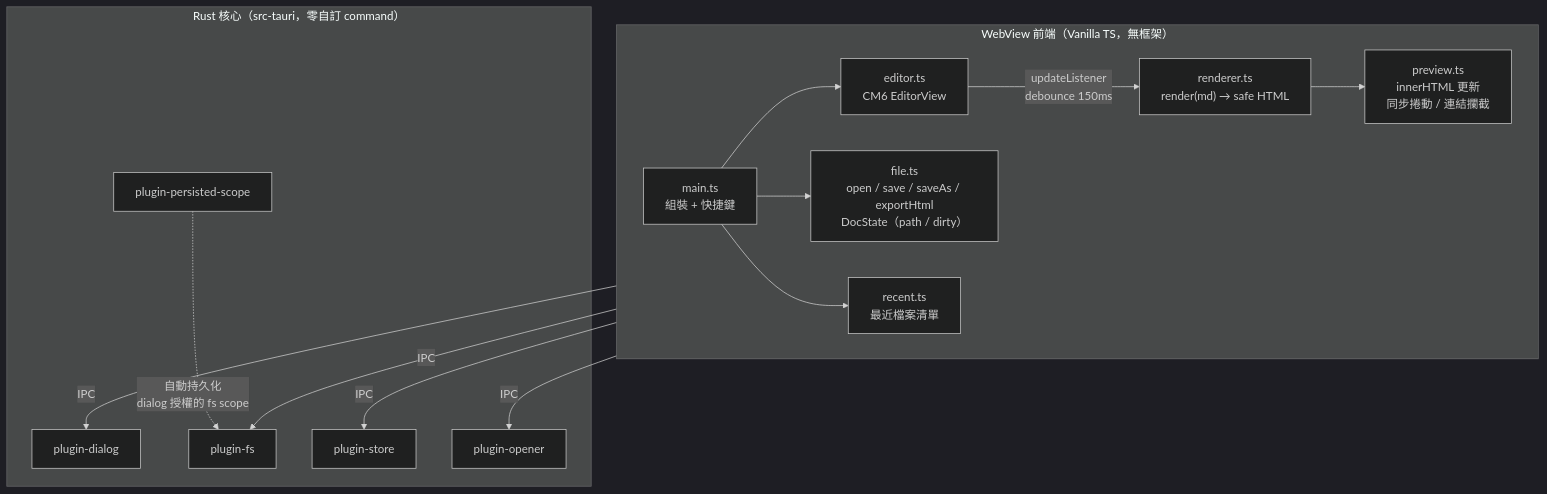
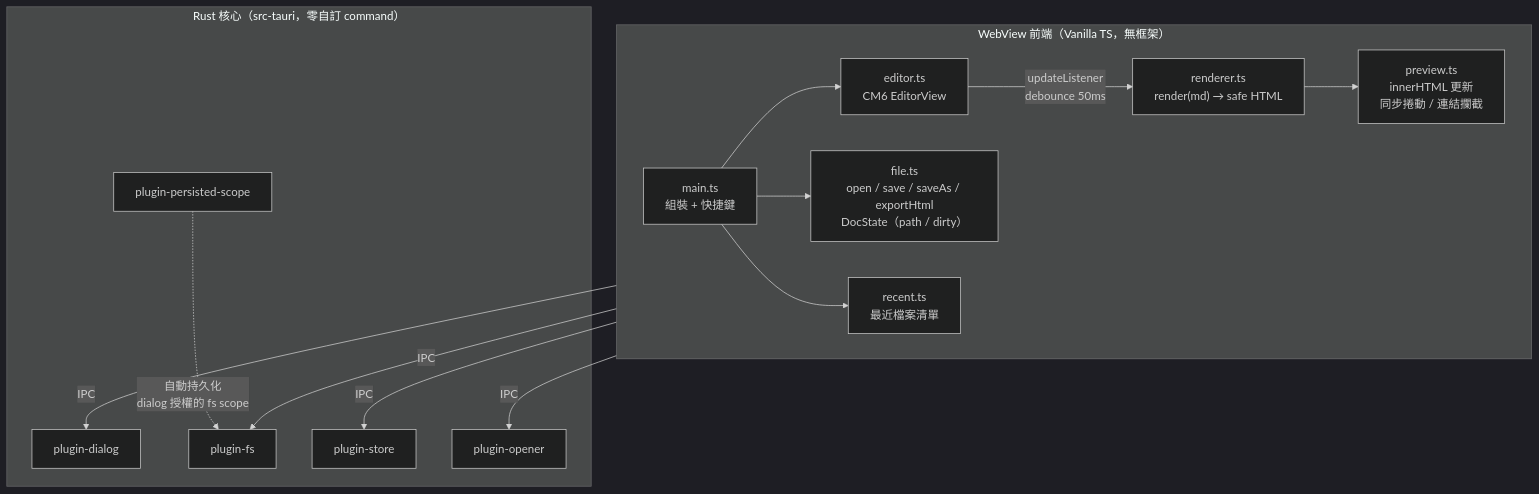
Before and after one commit to is90057/plume: the diagram in docs/SPEC.md, drawn with Mermaid (dark theme). The commit also changed other lines of this file and 6 other files, not shown here.

First line of the commit message:
feat: wire editor to live preview with 50ms debounce (Task 3)

````diff
--- a/docs/SPEC.md
+++ b/docs/SPEC.md
@@ -5,25 +5,25 @@
 ```mermaid
 flowchart TB
     subgraph WebView["WebView 前端（Vanilla TS，無框架）"]
         direction LR
         main["main.ts<br/>組裝 + 快捷鍵"]
         editor["editor.ts<br/>CM6 EditorView"]
         renderer["renderer.ts<br/>render(md) → safe HTML"]
         preview["preview.ts<br/>innerHTML 更新<br/>同步捲動 / 連結攔截"]
         file["file.ts<br/>open / save / saveAs / exportHtml<br/>DocState（path / dirty）"]
         recent["recent.ts<br/>最近檔案清單"]
     end
     subgraph RustCore["Rust 核心（src-tauri，零自訂 command）"]
         dialog["plugin-dialog"]
         fs["plugin-fs"]
         store["plugin-store"]
         pscope["plugin-persisted-scope"]
         opener["plugin-opener"]
     end
-    editor -- "updateListener<br/>debounce 150ms" --> renderer --> preview
+    editor -- "updateListener<br/>debounce 50ms" --> renderer --> preview
     main --> editor & file & recent
     file -- IPC --> dialog & fs
     recent -- IPC --> store
     preview -- IPC --> opener
     pscope -. "自動持久化<br/>dialog 授權的 fs scope" .-> fs
 ```
````
